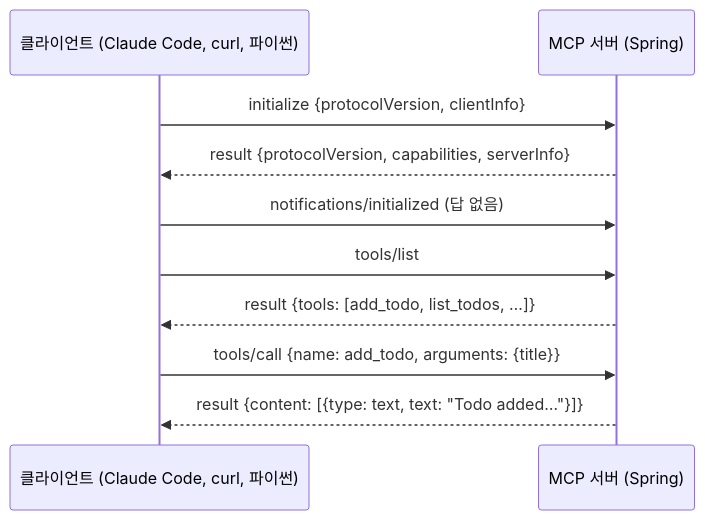
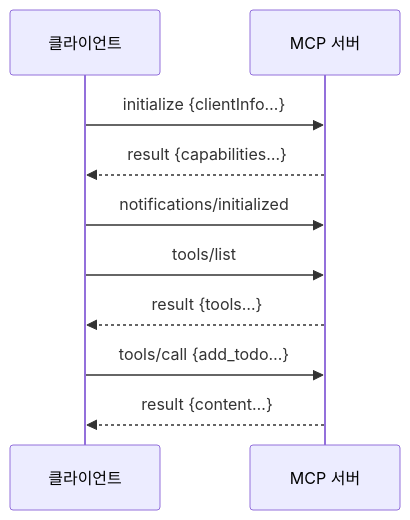
The diagram in _posts/2026-09-27-mcp-jsonrpc-and-transports.md (rojae/rojae.github.io), drawn with Mermaid before and after one commit. The commit also changed other lines of this file and 55 other files, not shown here.

Commit message:
docs: 2026-09-25 이후 글 11편 개편 (SSE·LiteLLM·MCP·심화 문답·FluxGate·해외 본인인증·GLM·가비아 메일·설계 회고·zcode·Two Sum), 다이어그램·표·mermaid 모바일 가독성 공통 개선

````diff
--- a/_posts/2026-09-27-mcp-jsonrpc-and-transports.md
+++ b/_posts/2026-09-27-mcp-jsonrpc-and-transports.md
@@ -107,12 +98,12 @@
 ```mermaid
 sequenceDiagram
-    participant C as 클라이언트 (Claude Code, curl, 파이썬)
-    participant S as MCP 서버 (Spring)
-    C->>S: initialize {protocolVersion, clientInfo}
-    S-->>C: result {protocolVersion, capabilities, serverInfo}
-    C->>S: notifications/initialized (답 없음)
+    participant C as 클라이언트
+    participant S as MCP 서버
+    C->>S: initialize {clientInfo…}
+    S-->>C: result {capabilities…}
+    C->>S: notifications/initialized
     C->>S: tools/list
-    S-->>C: result {tools: [add_todo, list_todos, …]}
-    C->>S: tools/call {name: add_todo, arguments: {title}}
-    S-->>C: result {content: [{type: text, text: "Todo added…"}]}
+    S-->>C: result {tools…}
+    C->>S: tools/call {add_todo…}
+    S-->>C: result {content…}
 ```
````
